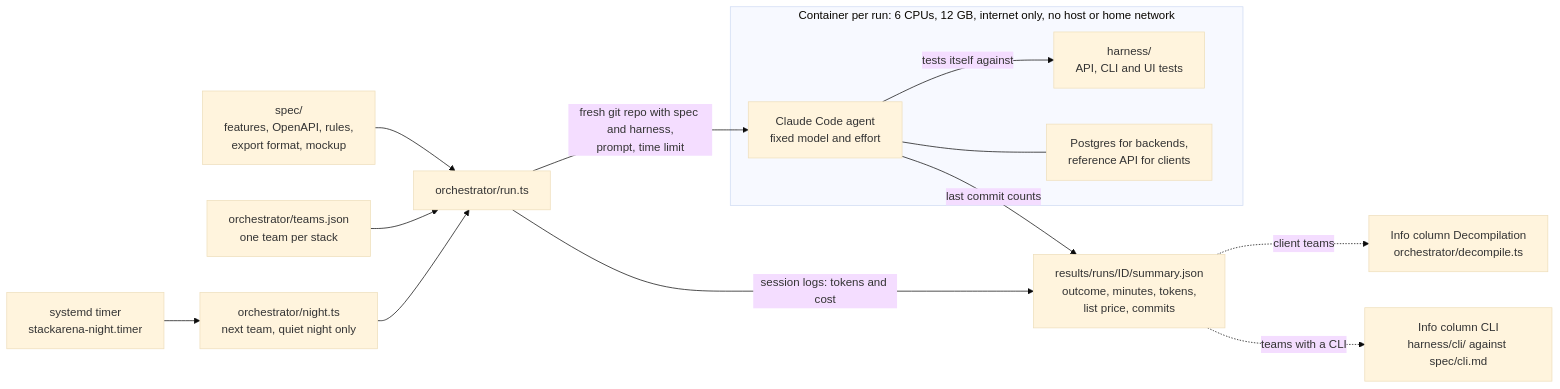
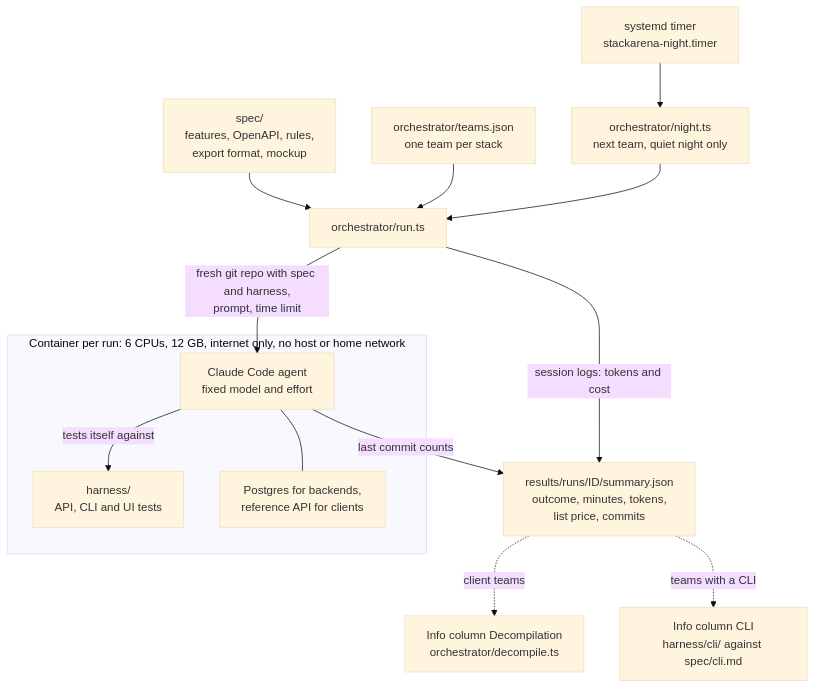
Before and after one commit to robinchoice/stackarena: the diagram in README.md, drawn with Mermaid (base theme).

Commit message:
Lay the run diagram out top-down for readability

````diff
--- a/README.md
+++ b/README.md
@@ -10,28 +10,28 @@
 ```mermaid
-flowchart LR
+flowchart TD
     spec["spec/<br/>features, OpenAPI, rules,<br/>export format, mockup"]
     teams["orchestrator/teams.json<br/>one team per stack"]
     timer["systemd timer<br/>stackarena-night.timer"]
     night["orchestrator/night.ts<br/>next team, quiet night only"]
     run["orchestrator/run.ts"]
 
     subgraph box["Container per run: 6 CPUs, 12 GB, internet only, no host or home network"]
         agent["Claude Code agent<br/>fixed model and effort"]
         harness["harness/<br/>API, CLI and UI tests"]
         side["Postgres for backends,<br/>reference API for clients"]
         agent -- "tests itself against" --> harness
         agent --- side
     end
 
     summary["results/runs/ID/summary.json<br/>outcome, minutes, tokens,<br/>list price, commits"]
 
     spec --> run
     teams --> run
     timer --> night --> run
     run -- "fresh git repo with spec and harness,<br/>prompt, time limit" --> agent
     run -- "session logs: tokens and cost" --> summary
     agent -- "last commit counts" --> summary
 
     summary -. "client teams" .-> decompile["Info column Decompilation<br/>orchestrator/decompile.ts"]
     summary -. "teams with a CLI" .-> cli["Info column CLI<br/>harness/cli/ against spec/cli.md"]
 ```
````
